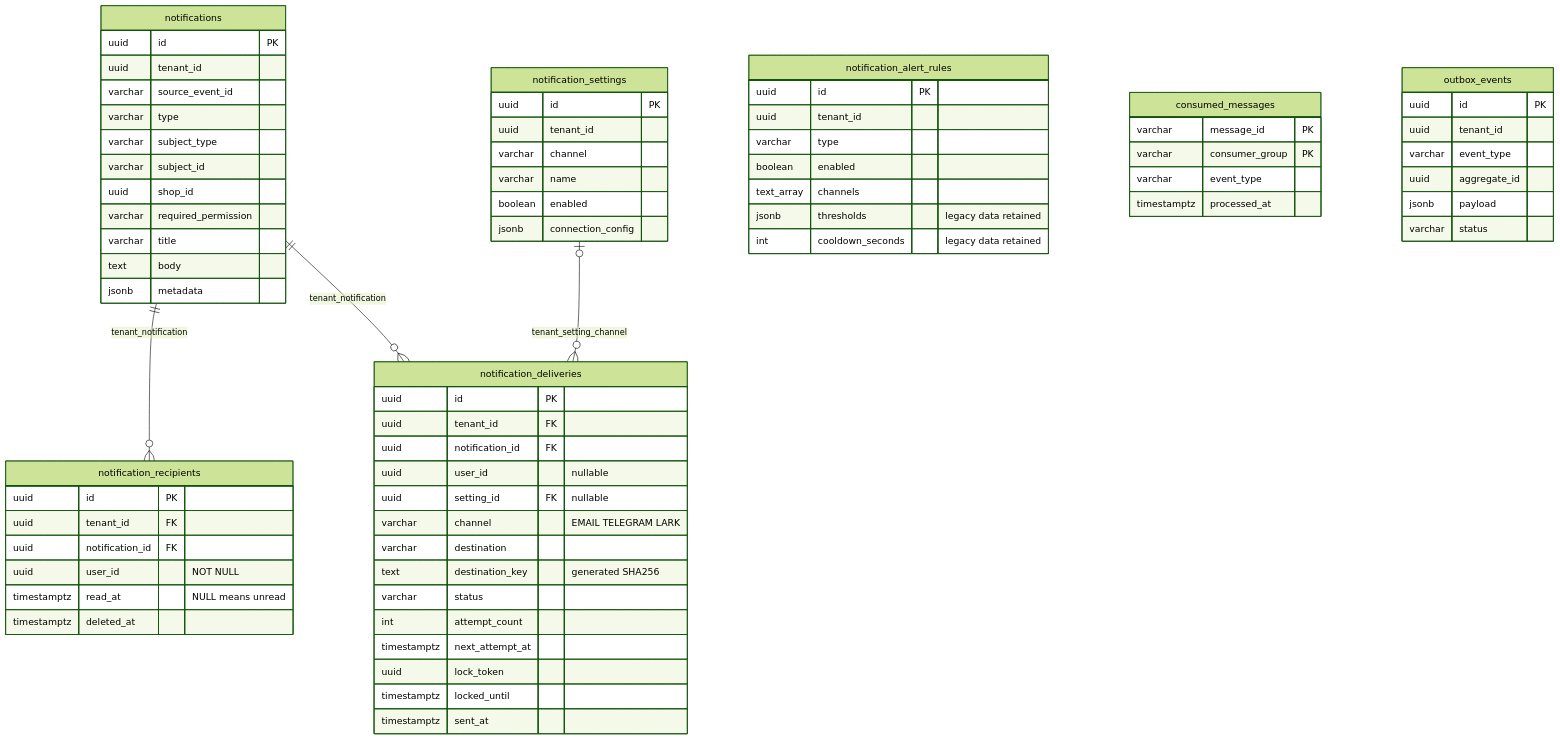
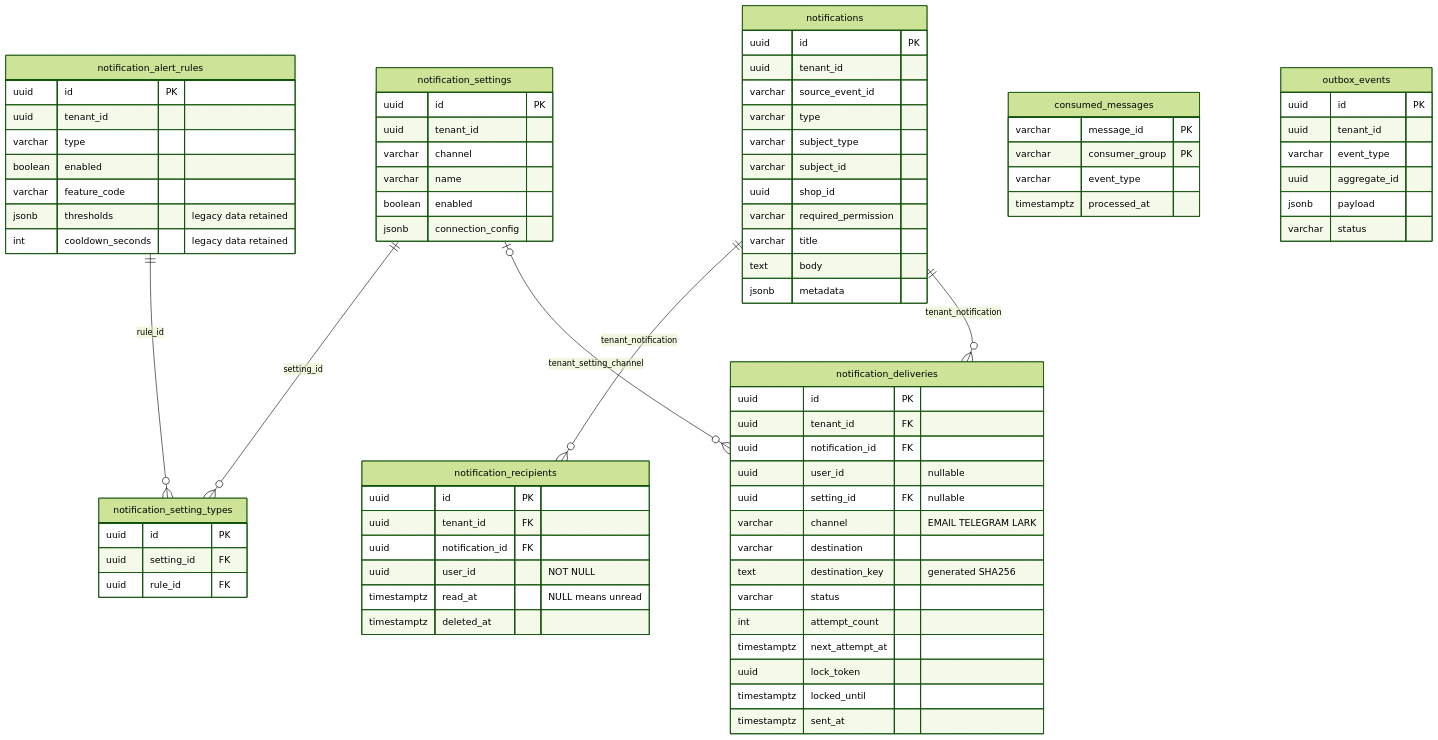
Before and after one commit to NDQuynh259/vishop-platform: the diagram in services/notification-service/docs/database-design.md, drawn with Mermaid (forest theme). The commit also changed other lines of this file and 65 other files, not shown here.

First line of the commit message:
feat: Enhance notification settings with group rules and type management

````diff
--- a/services/notification-service/docs/database-design.md
+++ b/services/notification-service/docs/database-design.md
@@ -23,75 +24,82 @@
 ```mermaid
 erDiagram
+    notification_settings ||--o{ notification_setting_types : setting_id
+    notification_alert_rules ||--o{ notification_setting_types : rule_id
+    notification_setting_types {
+        uuid id PK
+        uuid setting_id FK
+        uuid rule_id FK
+    }
     notifications ||--o{ notification_recipients : tenant_notification
     notifications ||--o{ notification_deliveries : tenant_notification
     notification_settings o|--o{ notification_deliveries : tenant_setting_channel
 
     notifications {
         uuid id PK
         uuid tenant_id
         varchar source_event_id
         varchar type
         varchar subject_type
         varchar subject_id
         uuid shop_id
         varchar required_permission
         varchar title
         text body
         jsonb metadata
     }
     notification_recipients {
         uuid id PK
         uuid tenant_id FK
         uuid notification_id FK
         uuid user_id "NOT NULL"
         timestamptz read_at "NULL means unread"
         timestamptz deleted_at
     }
     notification_settings {
         uuid id PK
         uuid tenant_id
         varchar channel
         varchar name
         boolean enabled
         jsonb connection_config
     }
     notification_alert_rules {
         uuid id PK
         uuid tenant_id
         varchar type
         boolean enabled
-        text_array channels
+        varchar feature_code
         jsonb thresholds "legacy data retained"
         int cooldown_seconds "legacy data retained"
     }
     notification_deliveries {
         uuid id PK
         uuid tenant_id FK
         uuid notification_id FK
         uuid user_id "nullable"
         uuid setting_id FK "nullable"
         varchar channel "EMAIL TELEGRAM LARK"
         varchar destination
         text destination_key "generated SHA256"
         varchar status
         int attempt_count
         timestamptz next_attempt_at
         uuid lock_token
         timestamptz locked_until
         timestamptz sent_at
     }
     consumed_messages {
         varchar message_id PK
         varchar consumer_group PK
         varchar event_type
         timestamptz processed_at
     }
     outbox_events {
         uuid id PK
         uuid tenant_id
         varchar event_type
         uuid aggregate_id
         jsonb payload
         varchar status
     }
 ```
````
